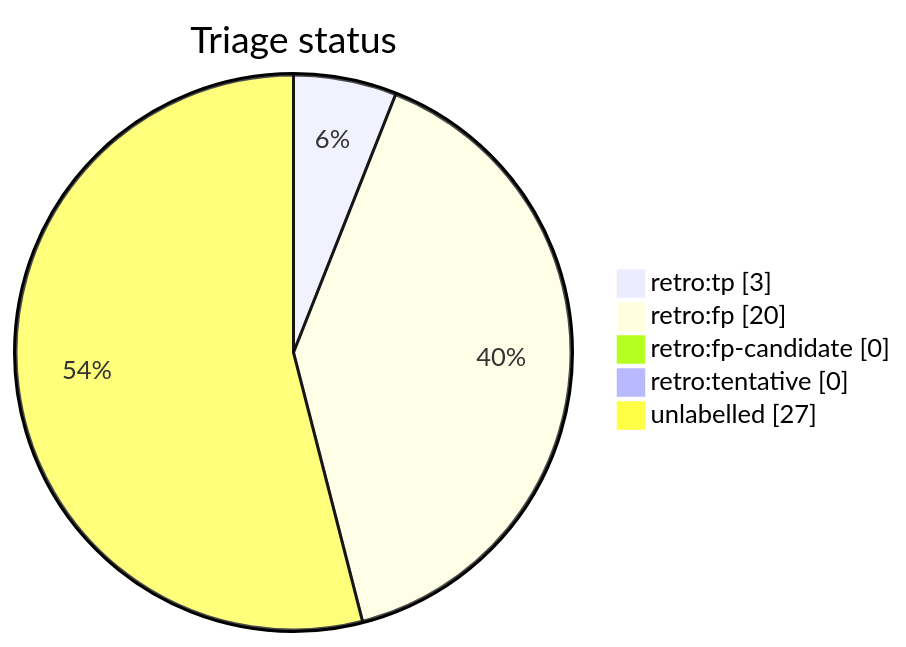
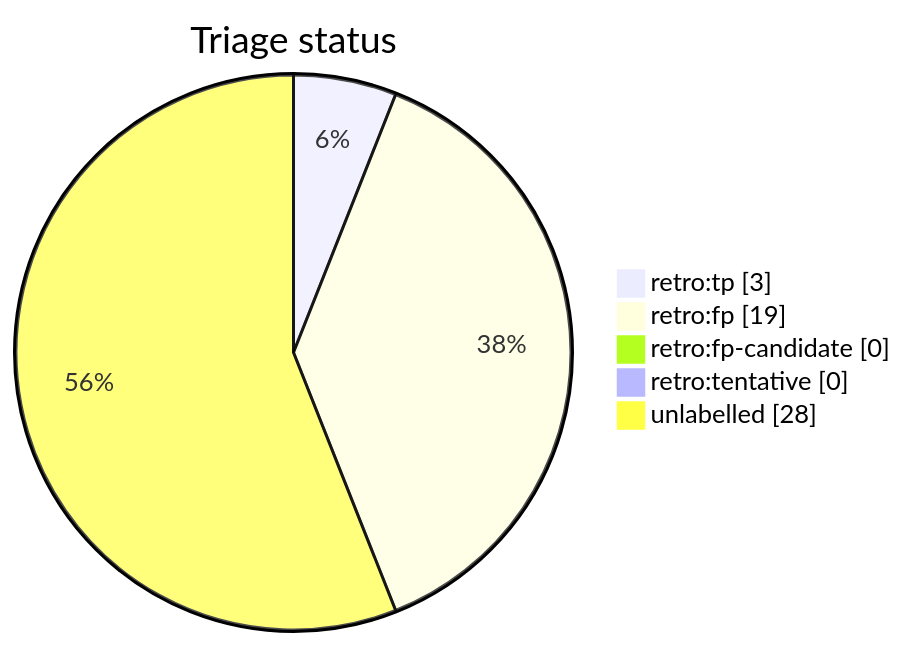
Before and after one commit to tvna/claude-md: the diagram in docs/generated/scripts/auto-retro-triage-report.md, drawn with Mermaid. The commit also changed other lines of this file, not shown here.

First line of the commit message:
chore(auto-retro): refresh triage report

````diff
--- a/docs/generated/scripts/auto-retro-triage-report.md
+++ b/docs/generated/scripts/auto-retro-triage-report.md
@@ -15,9 +15,9 @@
 ```mermaid
 pie showData
     title Triage status
     "retro:tp" : 3
-    "retro:fp" : 20
+    "retro:fp" : 19
     "retro:fp-candidate" : 0
     "retro:tentative" : 0
-    "unlabelled" : 27
+    "unlabelled" : 28
 ```
````
